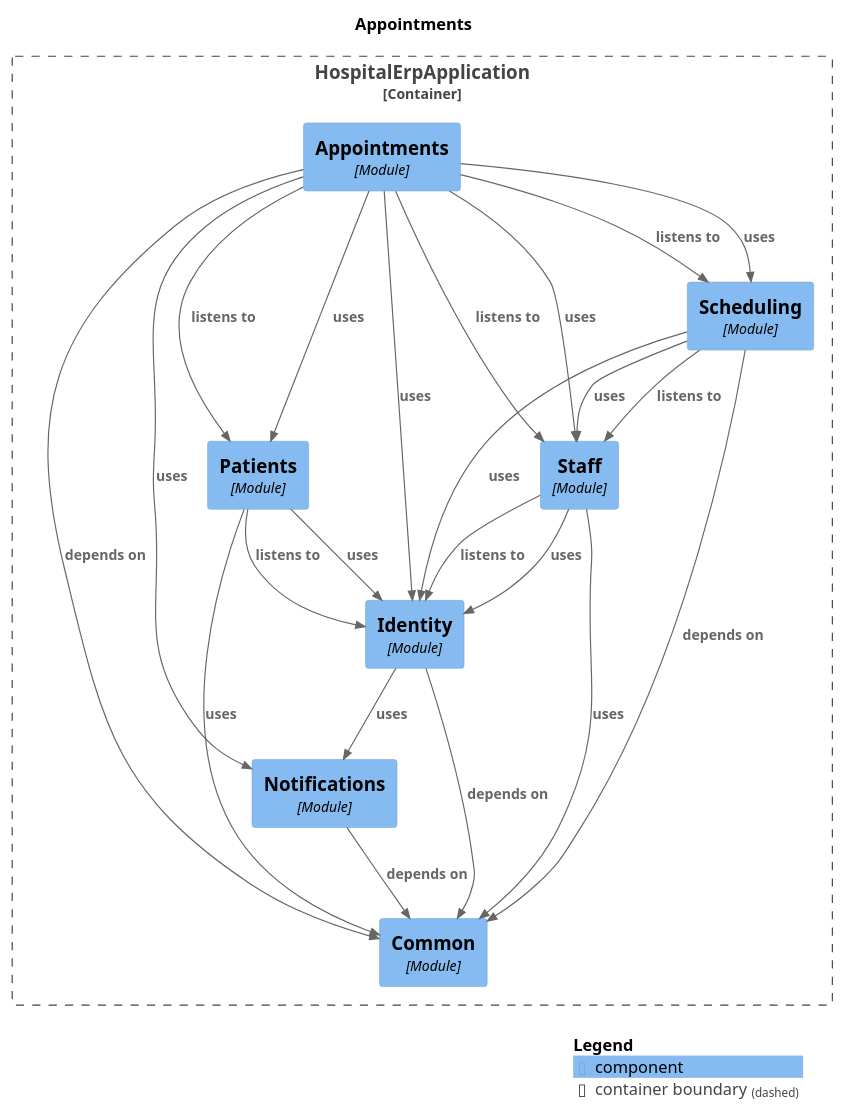
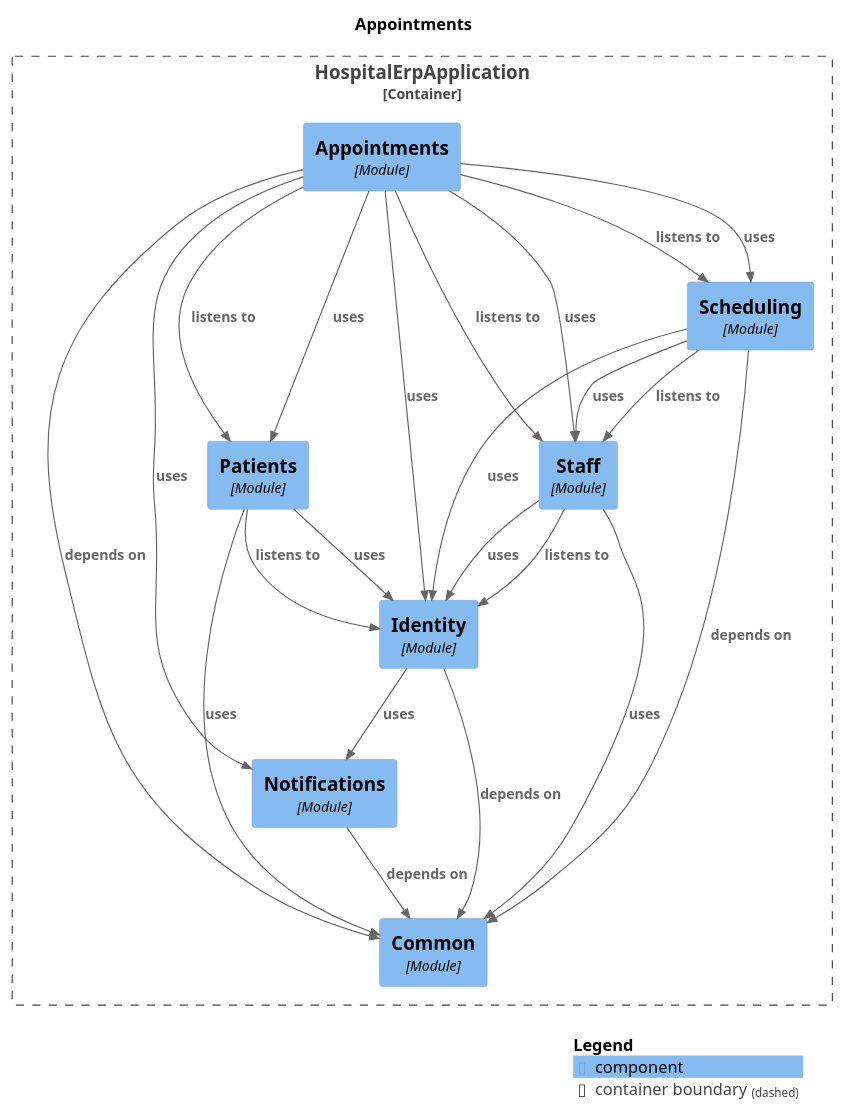
The diagram in docs/modules/module-appointments.puml (harshsharma5720/HospitalERP), drawn with PlantUML before and after one commit. The commit also changed other lines of this file and 31 other files, not shown here.

```diff
--- a/docs/modules/module-appointments.puml
+++ b/docs/modules/module-appointments.puml
@@ -1,45 +1,45 @@
 @startuml
 set separator none
 title Appointments
 
 top to bottom direction
 
 !include <C4/C4>
 !include <C4/C4_Context>
 !include <C4/C4_Component>
 
 Container_Boundary("HospitalErpApplication.HospitalErpApplication_boundary", "HospitalErpApplication", $tags="") {
   Component(HospitalErpApplication.HospitalErpApplication.Appointments, "Appointments", $techn="Module", $descr="", $tags="", $link="")
   Component(HospitalErpApplication.HospitalErpApplication.Common, "Common", $techn="Module", $descr="", $tags="", $link="")
   Component(HospitalErpApplication.HospitalErpApplication.Notifications, "Notifications", $techn="Module", $descr="", $tags="", $link="")
   Component(HospitalErpApplication.HospitalErpApplication.Identity, "Identity", $techn="Module", $descr="", $tags="", $link="")
   Component(HospitalErpApplication.HospitalErpApplication.Staff, "Staff", $techn="Module", $descr="", $tags="", $link="")
   Component(HospitalErpApplication.HospitalErpApplication.Patients, "Patients", $techn="Module", $descr="", $tags="", $link="")
   Component(HospitalErpApplication.HospitalErpApplication.Scheduling, "Scheduling", $techn="Module", $descr="", $tags="", $link="")
 }
 
-Rel(HospitalErpApplication.HospitalErpApplication.Staff, HospitalErpApplication.HospitalErpApplication.Identity, "uses", $techn="", $tags="", $link="")
-Rel(HospitalErpApplication.HospitalErpApplication.Staff, HospitalErpApplication.HospitalErpApplication.Common, "uses", $techn="", $tags="", $link="")
-Rel(HospitalErpApplication.HospitalErpApplication.Scheduling, HospitalErpApplication.HospitalErpApplication.Staff, "listens to", $techn="", $tags="", $link="")
-Rel(HospitalErpApplication.HospitalErpApplication.Scheduling, HospitalErpApplication.HospitalErpApplication.Common, "depends on", $techn="", $tags="", $link="")
-Rel(HospitalErpApplication.HospitalErpApplication.Scheduling, HospitalErpApplication.HospitalErpApplication.Staff, "uses", $techn="", $tags="", $link="")
-Rel(HospitalErpApplication.HospitalErpApplication.Scheduling, HospitalErpApplication.HospitalErpApplication.Identity, "uses", $techn="", $tags="", $link="")
+Rel(HospitalErpApplication.HospitalErpApplication.Identity, HospitalErpApplication.HospitalErpApplication.Common, "depends on", $techn="", $tags="", $link="")
+Rel(HospitalErpApplication.HospitalErpApplication.Identity, HospitalErpApplication.HospitalErpApplication.Notifications, "uses", $techn="", $tags="", $link="")
 Rel(HospitalErpApplication.HospitalErpApplication.Appointments, HospitalErpApplication.HospitalErpApplication.Staff, "listens to", $techn="", $tags="", $link="")
 Rel(HospitalErpApplication.HospitalErpApplication.Appointments, HospitalErpApplication.HospitalErpApplication.Patients, "listens to", $techn="", $tags="", $link="")
 Rel(HospitalErpApplication.HospitalErpApplication.Appointments, HospitalErpApplication.HospitalErpApplication.Scheduling, "listens to", $techn="", $tags="", $link="")
 Rel(HospitalErpApplication.HospitalErpApplication.Appointments, HospitalErpApplication.HospitalErpApplication.Common, "depends on", $techn="", $tags="", $link="")
 Rel(HospitalErpApplication.HospitalErpApplication.Appointments, HospitalErpApplication.HospitalErpApplication.Patients, "uses", $techn="", $tags="", $link="")
 Rel(HospitalErpApplication.HospitalErpApplication.Appointments, HospitalErpApplication.HospitalErpApplication.Staff, "uses", $techn="", $tags="", $link="")
 Rel(HospitalErpApplication.HospitalErpApplication.Appointments, HospitalErpApplication.HospitalErpApplication.Scheduling, "uses", $techn="", $tags="", $link="")
 Rel(HospitalErpApplication.HospitalErpApplication.Appointments, HospitalErpApplication.HospitalErpApplication.Identity, "uses", $techn="", $tags="", $link="")
 Rel(HospitalErpApplication.HospitalErpApplication.Appointments, HospitalErpApplication.HospitalErpApplication.Notifications, "uses", $techn="", $tags="", $link="")
+Rel(HospitalErpApplication.HospitalErpApplication.Staff, HospitalErpApplication.HospitalErpApplication.Identity, "listens to", $techn="", $tags="", $link="")
+Rel(HospitalErpApplication.HospitalErpApplication.Staff, HospitalErpApplication.HospitalErpApplication.Identity, "uses", $techn="", $tags="", $link="")
+Rel(HospitalErpApplication.HospitalErpApplication.Staff, HospitalErpApplication.HospitalErpApplication.Common, "uses", $techn="", $tags="", $link="")
+Rel(HospitalErpApplication.HospitalErpApplication.Notifications, HospitalErpApplication.HospitalErpApplication.Common, "depends on", $techn="", $tags="", $link="")
 Rel(HospitalErpApplication.HospitalErpApplication.Patients, HospitalErpApplication.HospitalErpApplication.Identity, "listens to", $techn="", $tags="", $link="")
 Rel(HospitalErpApplication.HospitalErpApplication.Patients, HospitalErpApplication.HospitalErpApplication.Identity, "uses", $techn="", $tags="", $link="")
 Rel(HospitalErpApplication.HospitalErpApplication.Patients, HospitalErpApplication.HospitalErpApplication.Common, "uses", $techn="", $tags="", $link="")
-Rel(HospitalErpApplication.HospitalErpApplication.Identity, HospitalErpApplication.HospitalErpApplication.Common, "depends on", $techn="", $tags="", $link="")
-Rel(HospitalErpApplication.HospitalErpApplication.Identity, HospitalErpApplication.HospitalErpApplication.Notifications, "uses", $techn="", $tags="", $link="")
-Rel(HospitalErpApplication.HospitalErpApplication.Notifications, HospitalErpApplication.HospitalErpApplication.Common, "depends on", $techn="", $tags="", $link="")
-Rel(HospitalErpApplication.HospitalErpApplication.Staff, HospitalErpApplication.HospitalErpApplication.Identity, "listens to", $techn="", $tags="", $link="")
+Rel(HospitalErpApplication.HospitalErpApplication.Scheduling, HospitalErpApplication.HospitalErpApplication.Staff, "listens to", $techn="", $tags="", $link="")
+Rel(HospitalErpApplication.HospitalErpApplication.Scheduling, HospitalErpApplication.HospitalErpApplication.Common, "depends on", $techn="", $tags="", $link="")
+Rel(HospitalErpApplication.HospitalErpApplication.Scheduling, HospitalErpApplication.HospitalErpApplication.Staff, "uses", $techn="", $tags="", $link="")
+Rel(HospitalErpApplication.HospitalErpApplication.Scheduling, HospitalErpApplication.HospitalErpApplication.Identity, "uses", $techn="", $tags="", $link="")
 
 SHOW_LEGEND(true)
 @enduml
```
